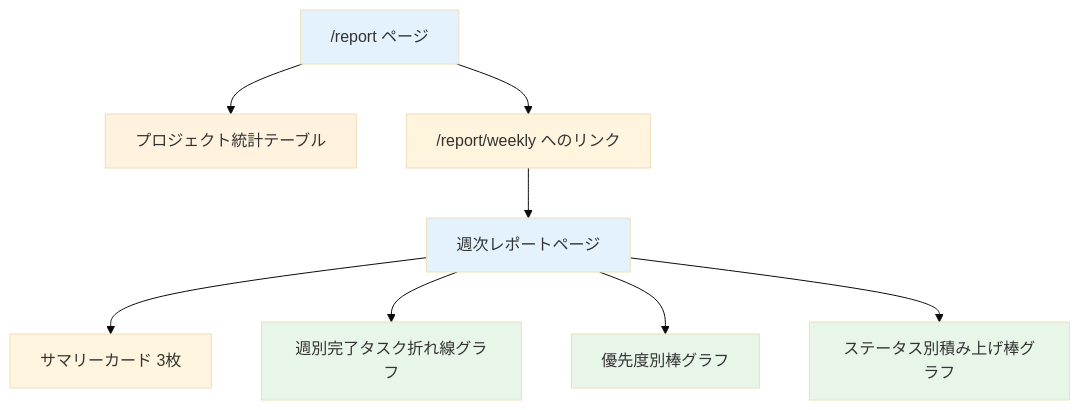
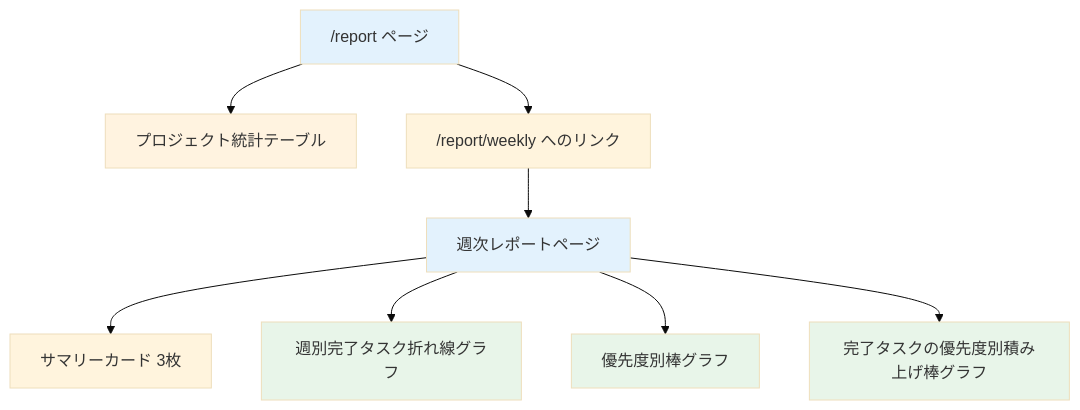
The first of 2 diagrams in material/30days-curriculum/day23_週次レポート.md (kouiso/task-app), drawn with Mermaid (base theme) before and after one commit. The commit also changed other lines of this file and 250 other files, not shown here.

````diff
--- a/material/30days-curriculum/day23_週次レポート.md
+++ b/material/30days-curriculum/day23_週次レポート.md
@@ -46,17 +46,17 @@
 ```mermaid
 flowchart TD
     A["/report ページ"] --> B[プロジェクト統計テーブル]
     A --> C["/report/weekly へのリンク"]
     C --> D[週次レポートページ]
     D --> E[サマリーカード 3枚]
     D --> F[週別完了タスク折れ線グラフ]
     D --> G[優先度別棒グラフ]
-    D --> H[ステータス別積み上げ棒グラフ]
+    D --> H[完了タスクの優先度別積み上げ棒グラフ]
 
     style A fill:#e3f2fd
     style B fill:#fff3e0
     style D fill:#e3f2fd
     style F fill:#e8f5e9
     style G fill:#e8f5e9
     style H fill:#e8f5e9
 ```
````
